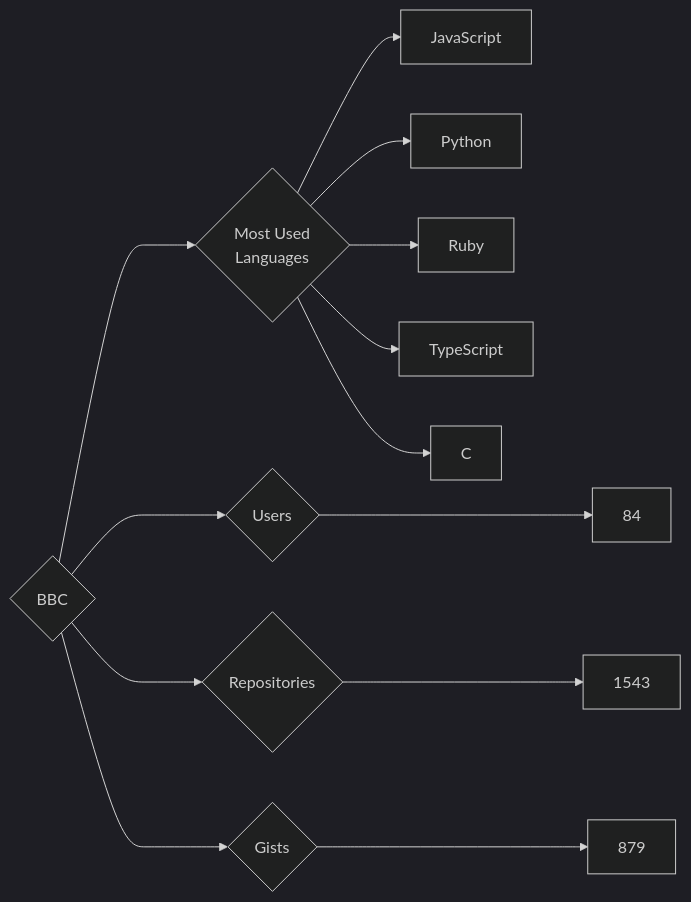
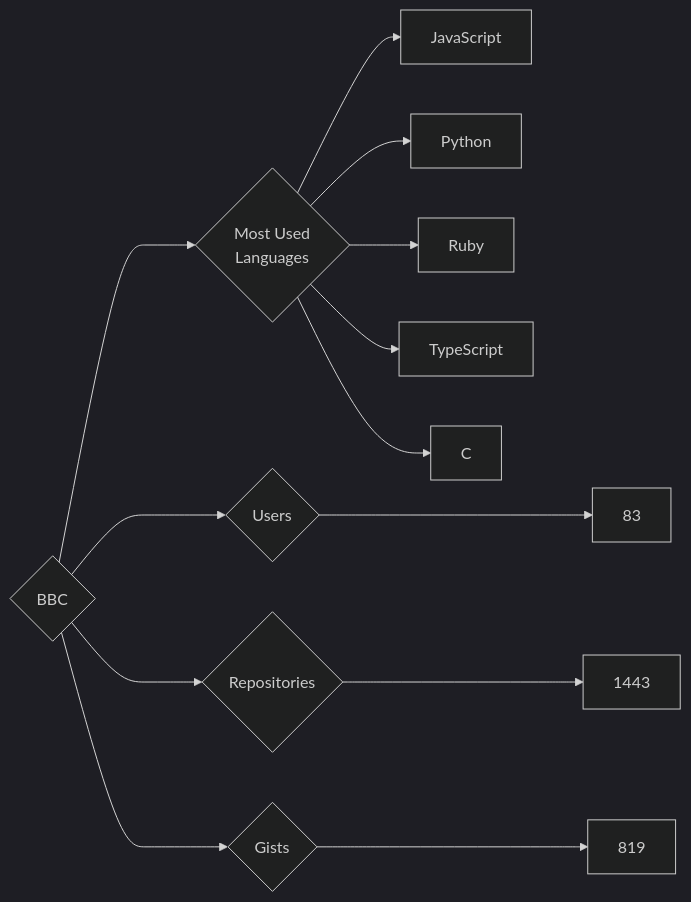
One commit to trickest/insiders changed the diagram in targets/BBC/README.md. Above: the diagram before and after it, drawn with Mermaid (dark theme). The commit also changed 930 other files, not shown here.

````diff
--- a/targets/BBC/README.md
+++ b/targets/BBC/README.md
@@ -3,13 +3,13 @@
 ```mermaid
 graph LR
 COMPANY_NAME{BBC}
-COMPANY_NAME ---> U{Users} ---> UN[84]
-COMPANY_NAME ---> R{Repositories} ---> RN[1543]
-COMPANY_NAME ---> G{Gists} ---> GN[879]
+COMPANY_NAME ---> U{Users} ---> UN[83]
+COMPANY_NAME ---> R{Repositories} ---> RN[1443]
+COMPANY_NAME ---> G{Gists} ---> GN[819]
 COMPANY_NAME ---> ML{Most Used<br>Languages}
 ML --> JavaScript[JavaScript]
 ML --> Python[Python]
 ML --> Ruby[Ruby]
 ML --> TypeScript[TypeScript]
 ML --> C[C]
 ```
````
